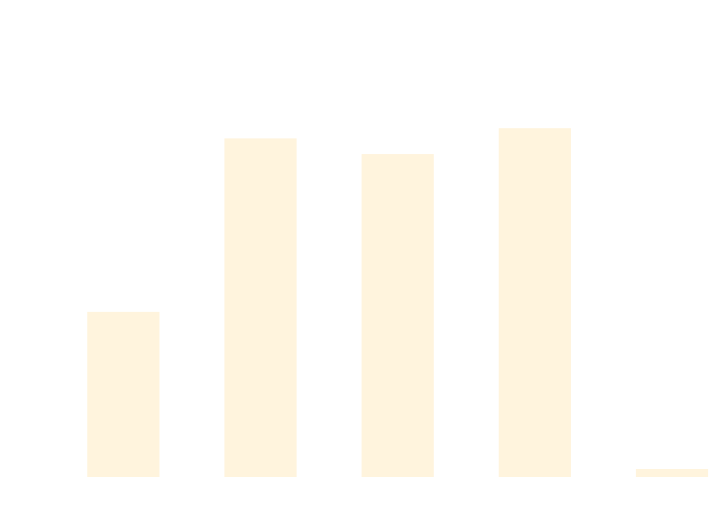
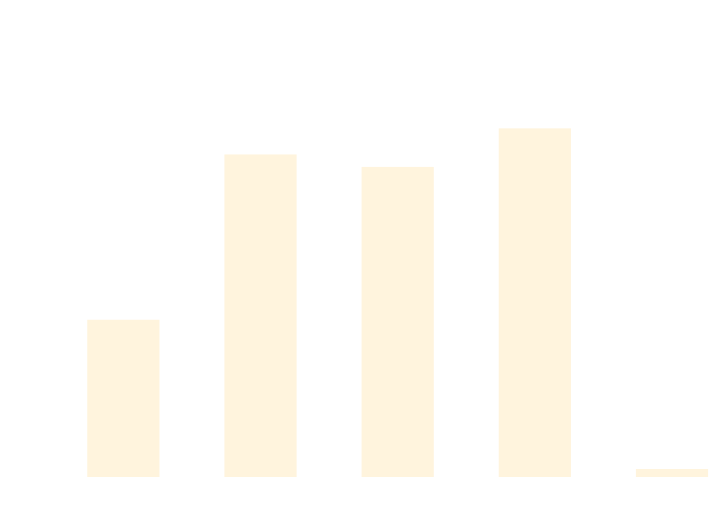
The diagram in docs/docs/benchmarks/SetupTeardownTests.md (thomhurst/TUnit), drawn with Mermaid before and after one commit. The commit also changed other lines of this file and 17 other files, not shown here.

````diff
--- a/docs/docs/benchmarks/SetupTeardownTests.md
+++ b/docs/docs/benchmarks/SetupTeardownTests.md
@@ -27,37 +27,37 @@
 ```mermaid
 %%{init: {
   'theme':'base',
   'themeVariables': {
     'primaryColor': '#2563eb',
     'primaryTextColor': '#ffffff',
     'primaryBorderColor': '#1e40af',
     'lineColor': '#6b7280',
     'secondaryColor': '#7c3aed',
     'tertiaryColor': '#dc2626',
     'background': '#ffffff',
     'mainBkg': '#2563eb',
     'secondBkg': '#7c3aed',
     'tertiaryBkg': '#dc2626',
     'clusterBkg': '#f3f4f6',
     'edgeLabelBackground': '#ffffff',
     'tertiaryTextColor': '#1f2937',
     'pie1': '#2563eb',
     'pie2': '#7c3aed',
     'pie3': '#dc2626',
     'pie4': '#f59e0b',
     'pie5': '#10b981',
     'pie6': '#06b6d4',
     'pie7': '#ec4899',
     'pie8': '#6366f1',
     'pie9': '#84cc16',
     'pie10': '#f97316',
     'pie11': '#14b8a6',
     'pie12': '#a855f7'
   }
 }}%%
 xychart-beta
   title "SetupTeardownTests Performance Comparison"
   x-axis ["TUnit", "NUnit", "MSTest", "xUnit3", "TUnit_AOT"]
-  y-axis "Time (ms)" 0 --> 1403
-  bar [539, 1134.1, 1080.3, 1169.1, 0]
+  y-axis "Time (ms)" 0 --> 1525
+  bar [556.5, 1172.9, 1126.4, 1270.1, 0]
 ```
````
